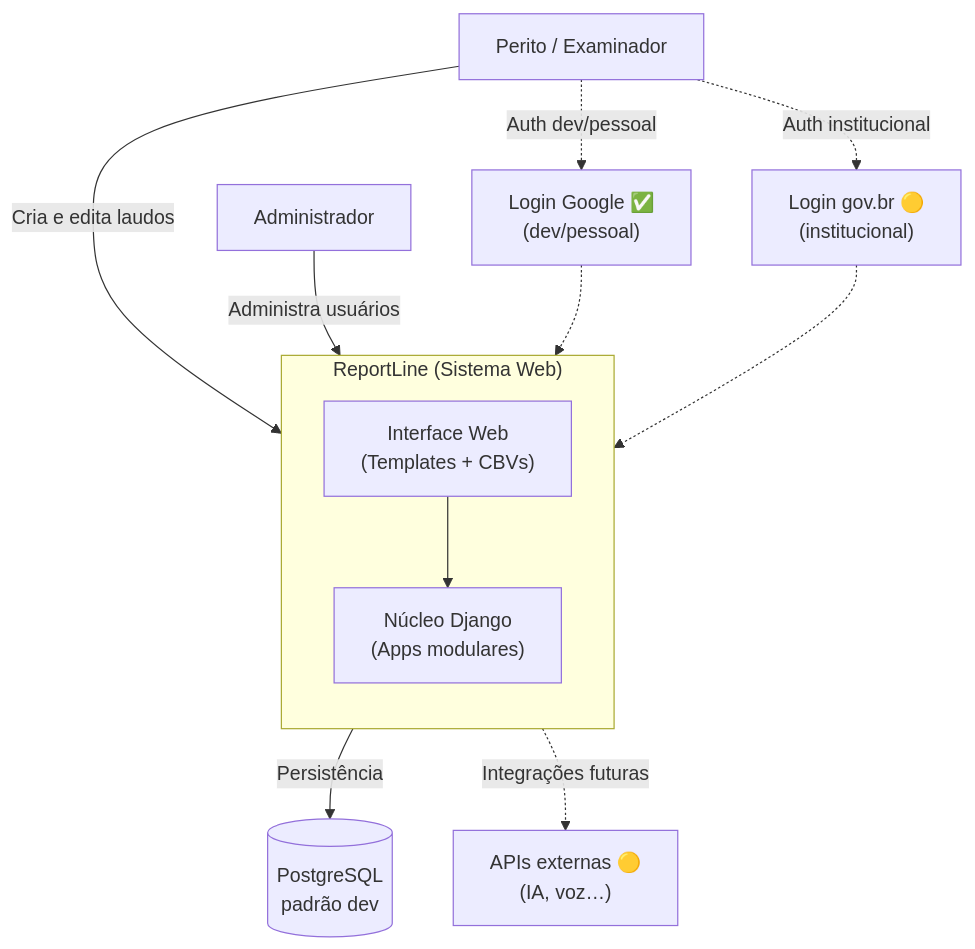
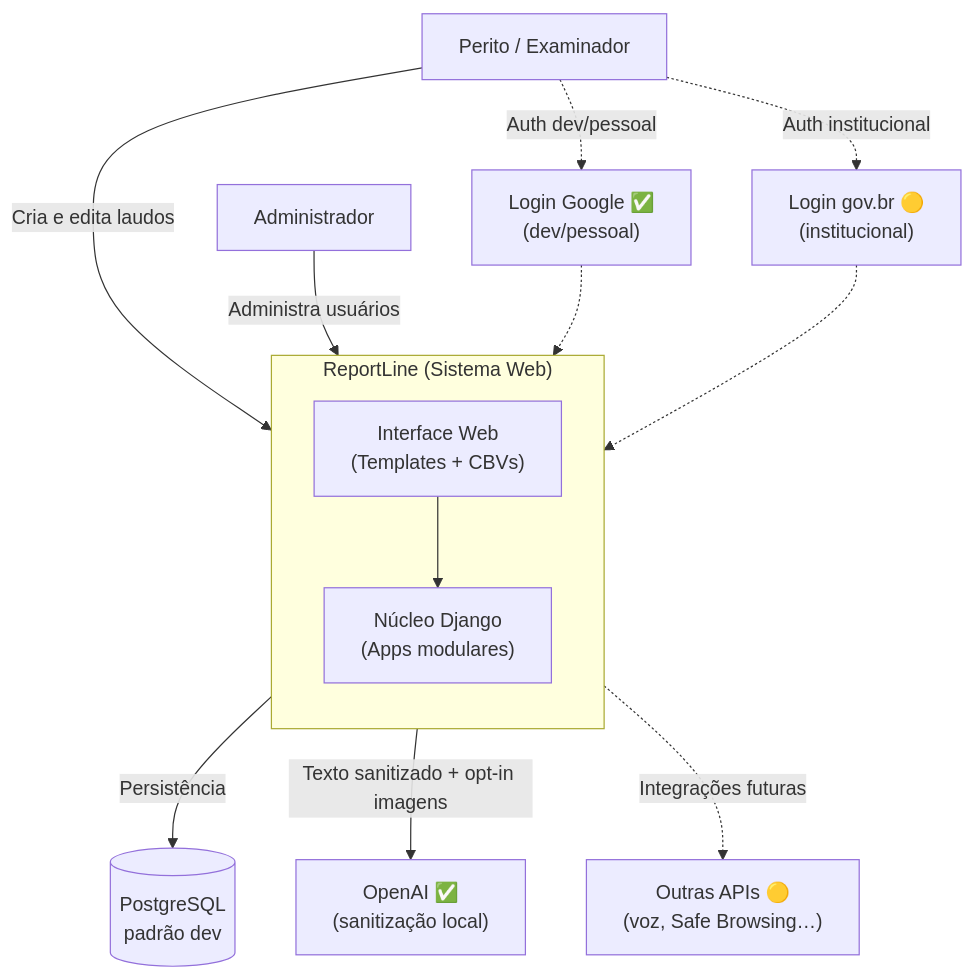
Before and after one commit to PeritoCriminal/reportline: the first of 2 diagrams in docs/architecture/01-context.md, drawn with Mermaid. The commit also changed other lines of this file and 10 other files, not shown here.

````diff
--- a/docs/architecture/01-context.md
+++ b/docs/architecture/01-context.md
@@ -20,26 +20,28 @@
 ```mermaid
 flowchart TB
     perito["Perito / Examinador"]
     admin["Administrador"]
 
     subgraph reportline ["ReportLine (Sistema Web)"]
         direction TB
         web["Interface Web<br/>(Templates + CBVs)"]
         core["Núcleo Django<br/>(Apps modulares)"]
         web --> core
     end
 
     db[("PostgreSQL<br/>padrão dev")]
     google["Login Google ✅<br/>(dev/pessoal)"]
     govbr["Login gov.br 🟡<br/>(institucional)"]
-    apis["APIs externas 🟡<br/>(IA, voz…)"]
+    openai["OpenAI ✅<br/>(sanitização local)"]
+    apis["Outras APIs 🟡<br/>(voz, Safe Browsing…)"]
 
     perito -->|"Cria e edita laudos"| web
     admin -->|"Administra usuários"| web
     core -->|"Persistência"| db
     perito -.->|"Auth dev/pessoal"| google
     google -.-> core
     perito -.->|"Auth institucional"| govbr
     govbr -.-> core
+    core -->|"Texto sanitizado + opt-in imagens"| openai
     core -.->|"Integrações futuras"| apis
 ```
````
